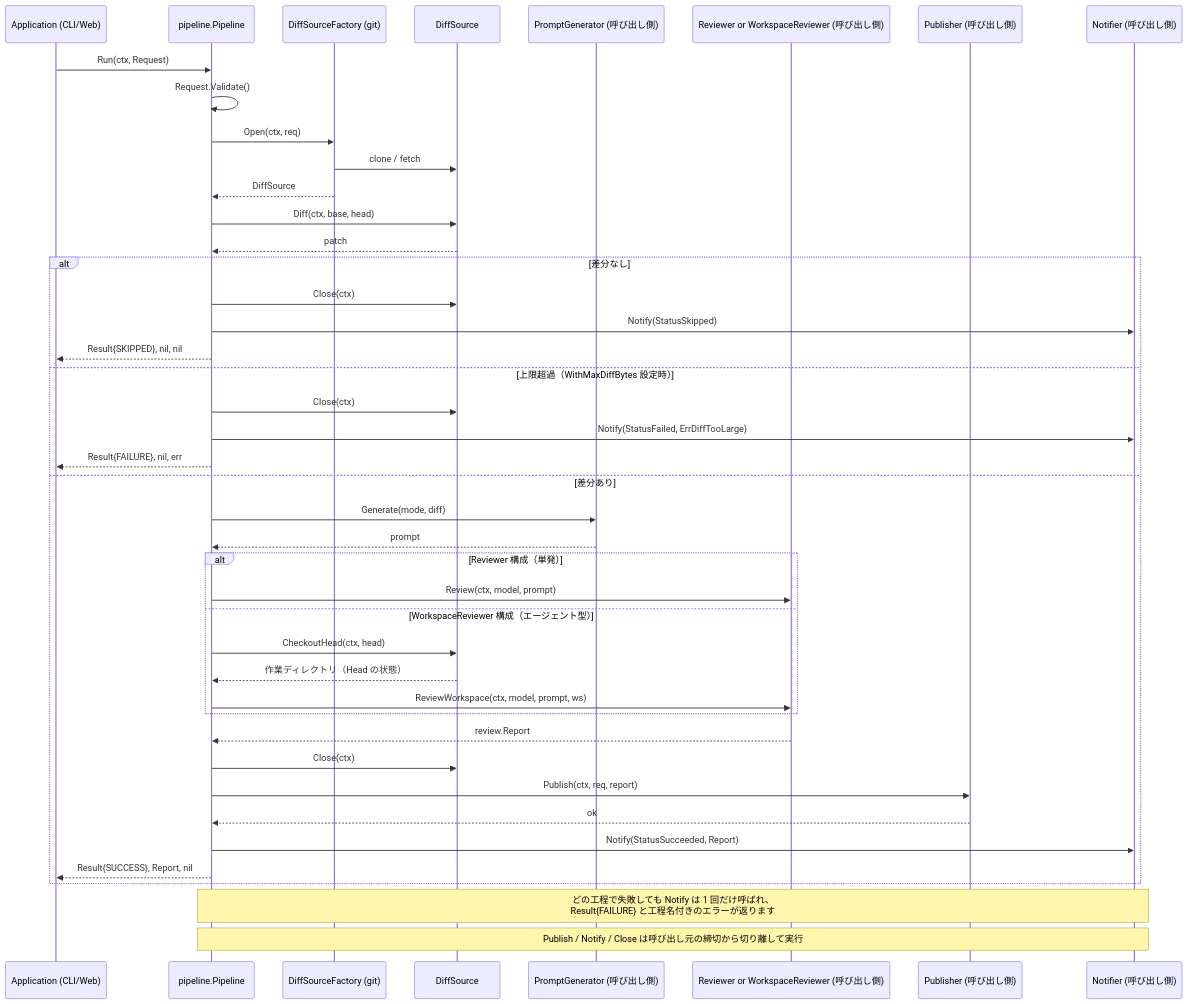
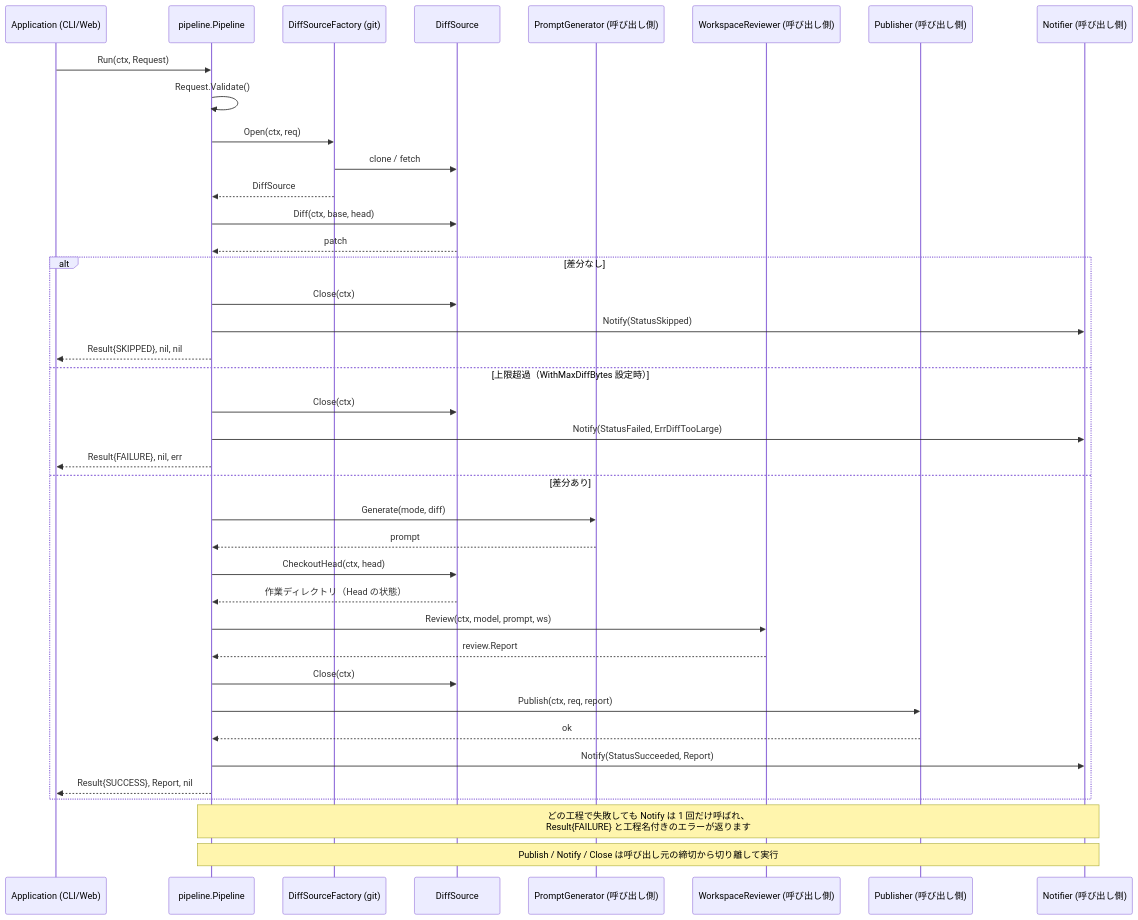
One commit to shouni/go-review-kit changed the diagram in README.md. Above: the diagram before and after it, drawn with Mermaid. The commit also changed other lines of this file and 10 other files, not shown here.

````diff
--- a/README.md
+++ b/README.md
@@ -272,50 +269,46 @@
 ```mermaid
 sequenceDiagram
     participant App as Application (CLI/Web)
     participant PL as pipeline.Pipeline
     participant SF as DiffSourceFactory (git)
     participant DS as DiffSource
     participant PG as PromptGenerator (呼び出し側)
-    participant AI as Reviewer or WorkspaceReviewer (呼び出し側)
+    participant AI as WorkspaceReviewer (呼び出し側)
     participant PB as Publisher (呼び出し側)
     participant NT as Notifier (呼び出し側)
 
     App->>PL: Run(ctx, Request)
     PL->>PL: Request.Validate()
     PL->>SF: Open(ctx, req)
     SF->>DS: clone / fetch
     SF-->>PL: DiffSource
     PL->>DS: Diff(ctx, base, head)
     DS-->>PL: patch
 
     alt 差分なし
         PL->>DS: Close(ctx)
         PL->>NT: Notify(StatusSkipped)
         PL-->>App: Result{SKIPPED}, nil, nil
     else 上限超過（WithMaxDiffBytes 設定時）
         PL->>DS: Close(ctx)
         PL->>NT: Notify(StatusFailed, ErrDiffTooLarge)
         PL-->>App: Result{FAILURE}, nil, err
     else 差分あり
         PL->>PG: Generate(mode, diff)
         PG-->>PL: prompt
 
-        alt Reviewer 構成（単発）
-            PL->>AI: Review(ctx, model, prompt)
-        else WorkspaceReviewer 構成（エージェント型）
-            PL->>DS: CheckoutHead(ctx, head)
-            DS-->>PL: 作業ディレクトリ（Head の状態）
-            PL->>AI: ReviewWorkspace(ctx, model, prompt, ws)
-        end
+        PL->>DS: CheckoutHead(ctx, head)
+        DS-->>PL: 作業ディレクトリ（Head の状態）
+        PL->>AI: Review(ctx, model, prompt, ws)
         AI-->>PL: review.Report
         PL->>DS: Close(ctx)
 
         PL->>PB: Publish(ctx, req, report)
         PB-->>PL: ok
         PL->>NT: Notify(StatusSucceeded, Report)
         PL-->>App: Result{SUCCESS}, Report, nil
     end
 
     Note over PL,NT: どの工程で失敗しても Notify は 1 回だけ呼ばれ、<br/>Result{FAILURE} と工程名付きのエラーが返ります
     Note over PL,NT: Publish / Notify / Close は呼び出し元の締切から切り離して実行
 ```
````
